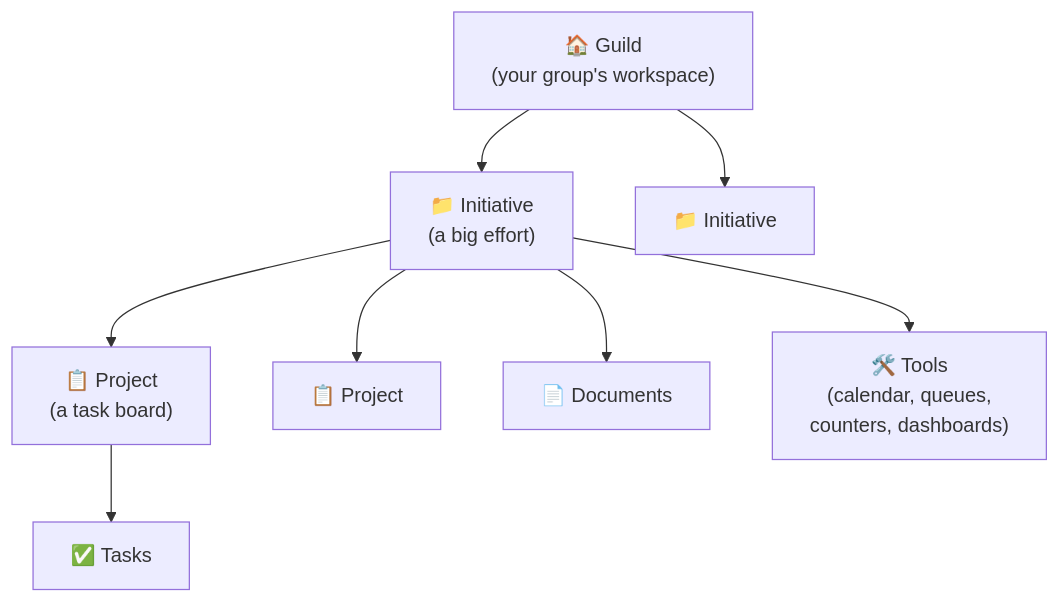
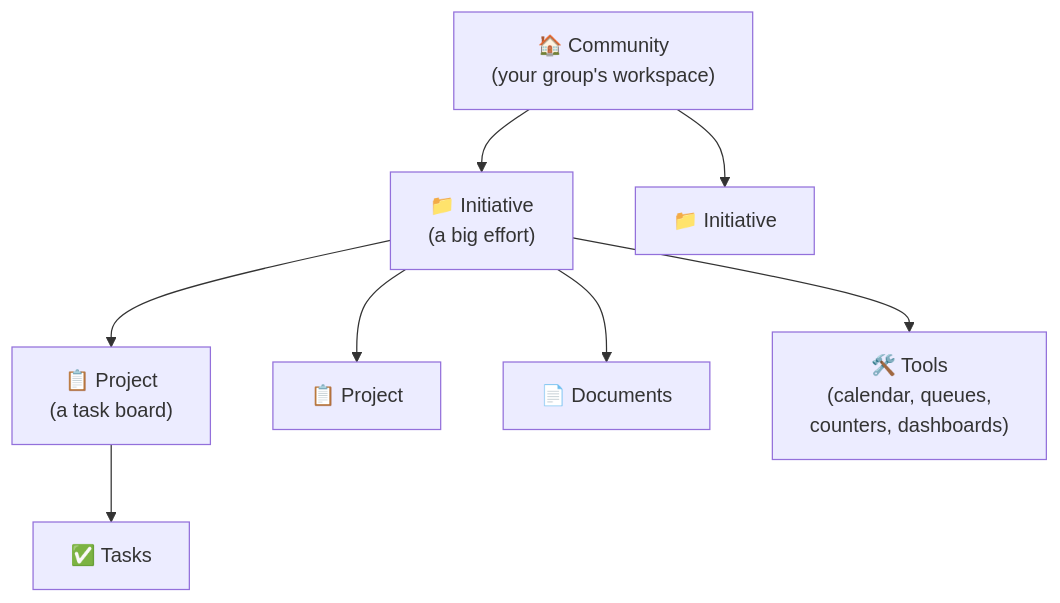
Before and after one commit to Morelitea/initiative: the diagram in docs/en/concepts/index.md, drawn with Mermaid. The commit also changed other lines of this file and 41 other files, not shown here.

````diff
--- a/docs/en/concepts/index.md
+++ b/docs/en/concepts/index.md
@@ -13,19 +13,19 @@
 ```mermaid
 graph TD
-  G["🏠 Guild<br/>(your group's workspace)"]
+  G["🏠 Community<br/>(your group's workspace)"]
   I1["📁 Initiative<br/>(a big effort)"]
   I2["📁 Initiative"]
   P1["📋 Project<br/>(a task board)"]
   P2["📋 Project"]
   D1["📄 Documents"]
   T1["🛠️ Tools<br/>(calendar, queues,<br/>counters, dashboards)"]
   TASK["✅ Tasks"]
 
   G --> I1
   G --> I2
   I1 --> P1
   I1 --> P2
   I1 --> D1
   I1 --> T1
   P1 --> TASK
 ```
````
